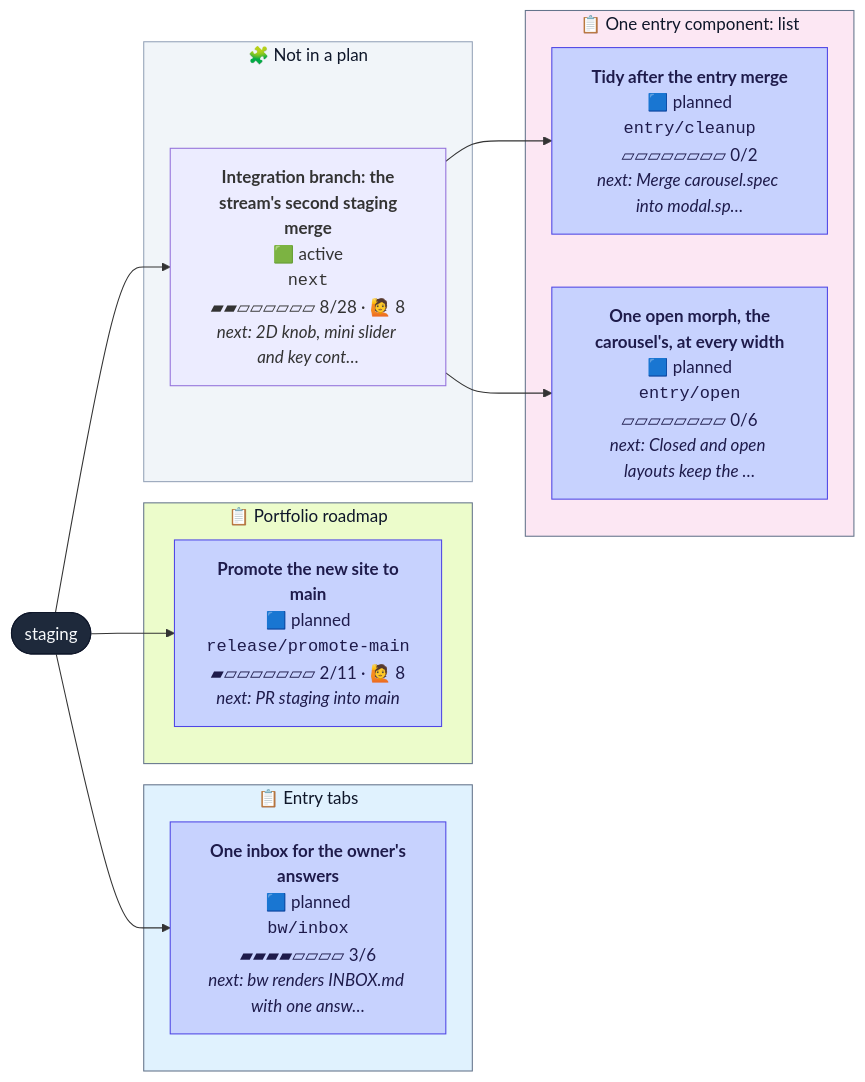
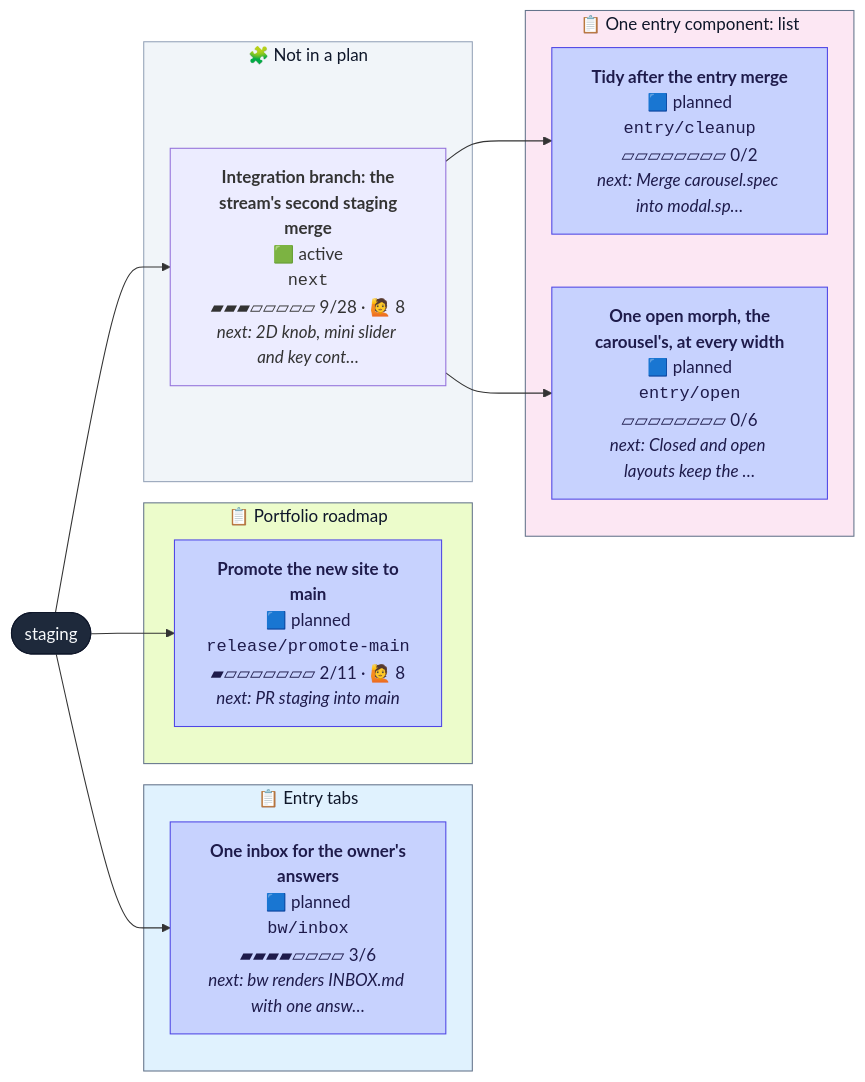
The diagram in CONTRIBUTING.md (henryjonescodes/portfolio), drawn with Mermaid before and after one commit. The commit also changed other lines of this file and 1 other file, not shown here.

````diff
--- a/CONTRIBUTING.md
+++ b/CONTRIBUTING.md
@@ -16,38 +16,38 @@
 ```mermaid
 flowchart LR
   n_staging([staging])
   class n_staging trunk
   subgraph plan_0["📋 Entry tabs"]
     n_bw_inbox["<b>One inbox for the owner's<br/>answers</b><br/>🟦 planned<br/><code>bw/inbox</code><br/>▰▰▰▰▱▱▱▱ 3/6<br/><i>next: bw renders INBOX.md with one answ…</i>"]
     class n_bw_inbox planned
   end
   style plan_0 fill:#e0f2fe,stroke:#64748b,color:#0f172a
   subgraph plan_1["📋 One entry component: list"]
     n_entry_cleanup["<b>Tidy after the entry merge</b><br/>🟦 planned<br/><code>entry/cleanup</code><br/>▱▱▱▱▱▱▱▱ 0/2<br/><i>next: Merge carousel.spec into modal.sp…</i>"]
     class n_entry_cleanup planned
     n_entry_open["<b>One open morph, the<br/>carousel's, at every width</b><br/>🟦 planned<br/><code>entry/open</code><br/>▱▱▱▱▱▱▱▱ 0/6<br/><i>next: Closed and open layouts keep the …</i>"]
     class n_entry_open planned
   end
   style plan_1 fill:#fce7f3,stroke:#64748b,color:#0f172a
   subgraph plan_2["📋 Portfolio roadmap"]
     n_release_promote_main["<b>Promote the new site to<br/>main</b><br/>🟦 planned<br/><code>release/promote-main</code><br/>▰▱▱▱▱▱▱▱ 2/11 · 🙋 8<br/><i>next: PR staging into main</i>"]
     class n_release_promote_main planned
   end
   style plan_2 fill:#ecfccb,stroke:#64748b,color:#0f172a
   subgraph loose["🧩 Not in a plan"]
-    n_next["<b>Integration branch: the<br/>stream's second staging<br/>merge</b><br/>🟩 active<br/><code>next</code><br/>▰▰▱▱▱▱▱▱ 8/28 · 🙋 8<br/><i>next: 2D knob, mini slider and key cont…</i>"]
+    n_next["<b>Integration branch: the<br/>stream's second staging<br/>merge</b><br/>🟩 active<br/><code>next</code><br/>▰▰▰▱▱▱▱▱ 9/28 · 🙋 8<br/><i>next: 2D knob, mini slider and key cont…</i>"]
     class n_next active,current
   end
   style loose fill:#f1f5f9,stroke:#94a3b8,color:#0f172a
   n_staging --> n_bw_inbox
   n_next --> n_entry_cleanup
   n_next --> n_entry_open
   n_staging --> n_next
   n_staging --> n_release_promote_main
   classDef planned fill:#c7d2fe,stroke:#4f46e5,color:#1e1b4b
   classDef active fill:#bbf7d0,stroke:#16a34a,stroke-width:3px,color:#052e16
   classDef review fill:#fde68a,stroke:#d97706,stroke-width:3px,color:#451a03
   classDef blocked fill:#fecaca,stroke:#dc2626,stroke-width:3px,color:#450a0a
   classDef trunk fill:#1e293b,stroke:#0f172a,color:#f8fafc
   classDef current stroke:#0ea5e9,stroke-width:5px
 ```
````
